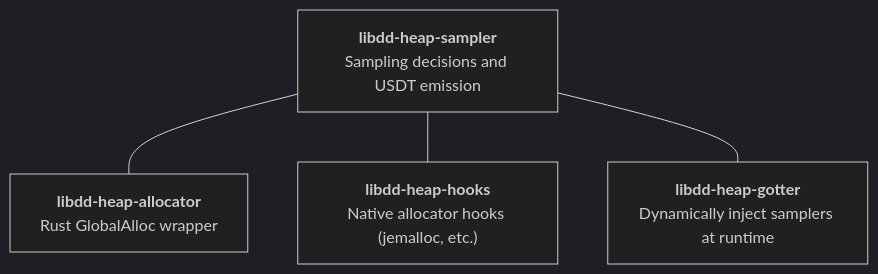
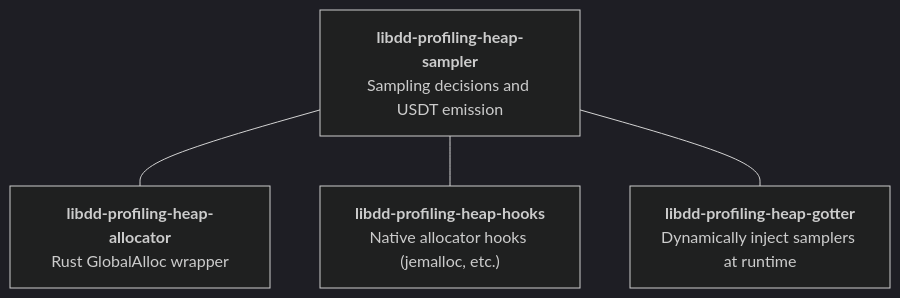
Before and after one commit to DataDog/libdatadog: the diagram in libdd-profiling-heap-sampler/README.md, drawn with Mermaid (dark theme). The commit also changed other lines of this file and 33 other files, not shown here.

First line of the commit message:
chore(profiling): update references for libdd-heap-* -> libdd-profiling-heap-* rename

````diff
--- a/libdd-profiling-heap-sampler/README.md
+++ b/libdd-profiling-heap-sampler/README.md
@@ -36,11 +36,11 @@
 ```mermaid
 flowchart TB
-    sampler["<b>libdd-heap-sampler</b><br/>Sampling decisions and USDT emission"]
-    allocator["<b>libdd-heap-allocator</b><br/>Rust GlobalAlloc wrapper"]
-    hooks["<b>libdd-heap-hooks</b><br/>Native allocator hooks (jemalloc, etc.)"]
-    gotter["<b>libdd-heap-gotter</b><br/>Dynamically inject samplers at runtime"]
+    sampler["<b>libdd-profiling-heap-sampler</b><br/>Sampling decisions and USDT emission"]
+    allocator["<b>libdd-profiling-heap-allocator</b><br/>Rust GlobalAlloc wrapper"]
+    hooks["<b>libdd-profiling-heap-hooks</b><br/>Native allocator hooks (jemalloc, etc.)"]
+    gotter["<b>libdd-profiling-heap-gotter</b><br/>Dynamically inject samplers at runtime"]
 
     sampler --- allocator
     sampler --- hooks
     sampler --- gotter
 ```
````
